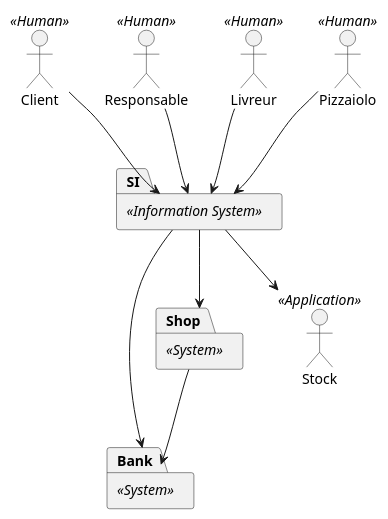
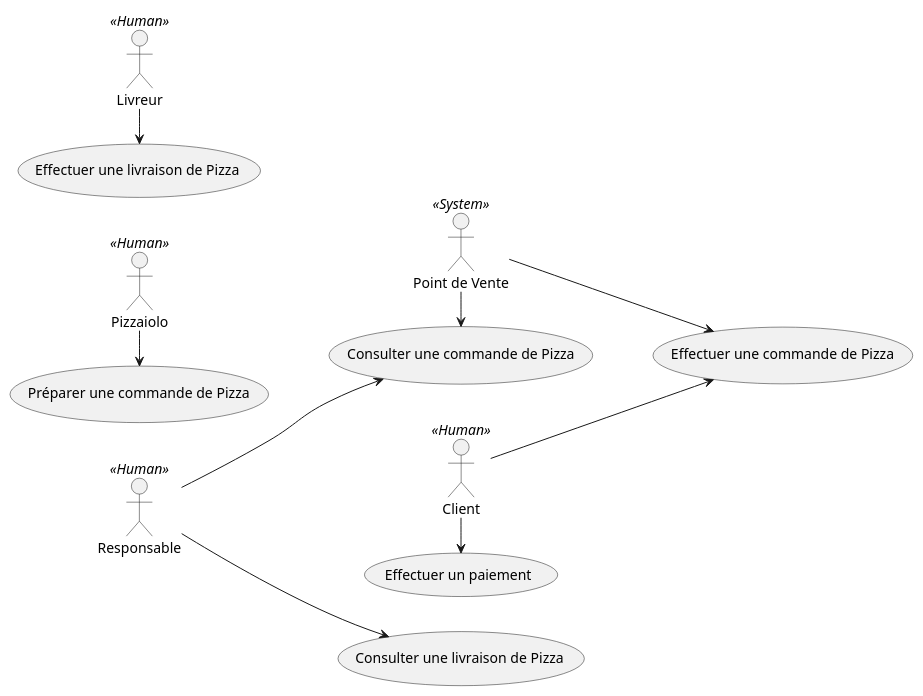
Before and after one commit to rvallet/oc-pizza: the diagram in uml/src/use-case-diagram.puml, drawn with PlantUML. The commit also changed 3 other files, not shown here.

Commit message:
use-case diagram strated

```diff
--- a/uml/src/use-case-diagram.puml
+++ b/uml/src/use-case-diagram.puml
@@ -1,47 +1,46 @@
 @startuml
-/' Start Exemple '/
-/':Main Admin: as Admin
-(Use the application) as (Use)
-
-User -> (Start)
-User --> (Use)
-
-Admin ---> (Use)
-
-note right of Admin : This is an example.
-
-note right of (Use)
-A note can also
-be on several lines
-end note
-
-note "This note is connected\nto several objects." as N2
-(Start) .. N2
-N2 .. (Use) '/
-/' End Exemple '/
+skinparam sequenceReferenceBorderColor blue
+skinparam sequenceReferenceBackgroundColor red
 /' Start UML Class '/
 Client << Human >>
+/' "Client Web" << Human >> as WebCustomer
+"Client PdV" << Human >> as ShopCustomer
+WebCustomer -|> Client
+ShopCustomer -|> Client'/
+
 Responsable << Human >>
 Livreur << Human >>
 Pizzaiolo << Human >>
-:Stock: << Application >>
 
-Client --> SI
-Responsable --> SI
-Livreur --> SI
-Pizzaiolo --> SI
-SI --> Bank
-SI --> Shop
-SI --> Stock
-Shop --> Bank
+:Point de Vente: << System >> as PDV
 
-package OC-Pizza <<Information System>> as SI {
-}
+/' Effectuer une commande de Pizza '/
+(Effectuer une commande de Pizza) as (setOrder)
+left to right direction
+Client --> (setOrder)
+PDV --> (setOrder)
 
-package Bank <<System>> as Bank {
-}
+/' Consulter une commande de Pizza '/
+(Consulter une commande de Pizza) as (getOrder)
+PDV -> (getOrder)
+Responsable --> (getOrder)
 
-package Points-de-vente <<System>> as Shop {
-}
+/' Préparer une commande de Pizza '/
+(Préparer une commande de Pizza) as (setPrepare)
+Pizzaiolo -> (setPrepare)
+
+/' Effectuer une livraison de Pizza '/
+(Effectuer une livraison de Pizza) as (setDelivery)
+Livreur -> (setDelivery)
+
+/' Consulter une livraison de Pizza '/
+(Consulter une livraison de Pizza) as (getDelivery)
+Responsable --> (getDelivery)
+
+/' Effectuer un paiement '/
+(Effectuer un paiement) as (setPayment)
+Client -> (setPayment)
+
+
 
 @enduml
```
